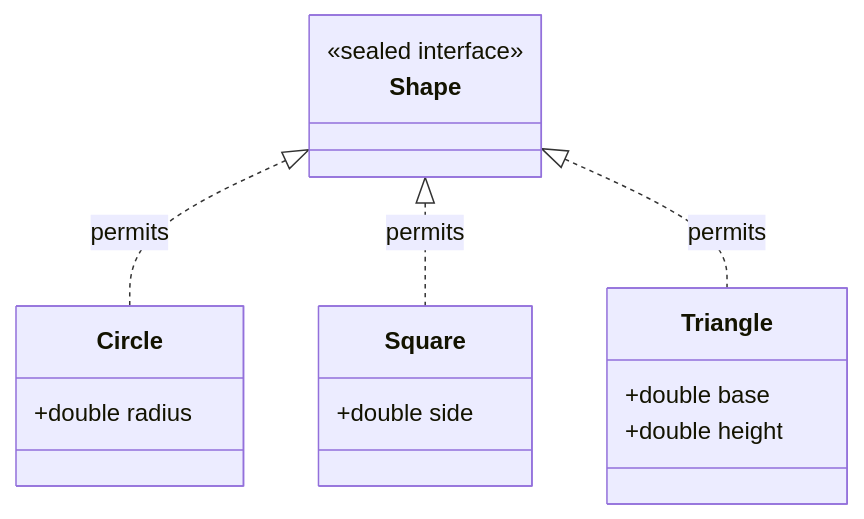
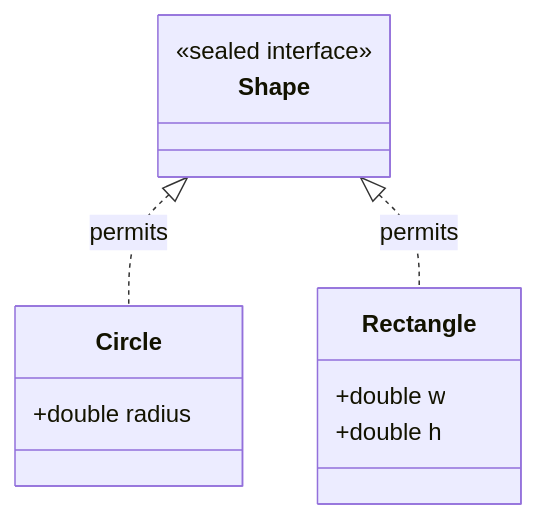
The first of 2 diagrams in java/java-17.md (junhyeong9812/java-spring-history), drawn with Mermaid before and after one commit. The commit also changed other lines of this file and 11 other files, not shown here.

````diff
--- a/java/java-17.md
+++ b/java/java-17.md
@@ -39,19 +39,15 @@
 ```mermaid
 classDiagram
     class Shape {
         <<sealed interface>>
     }
     class Circle {
         +double radius
     }
-    class Square {
-        +double side
-    }
-    class Triangle {
-        +double base
-        +double height
+    class Rectangle {
+        +double w
+        +double h
     }
     Shape <|.. Circle : permits
-    Shape <|.. Square : permits
-    Shape <|.. Triangle : permits
+    Shape <|.. Rectangle : permits
 ```
````
